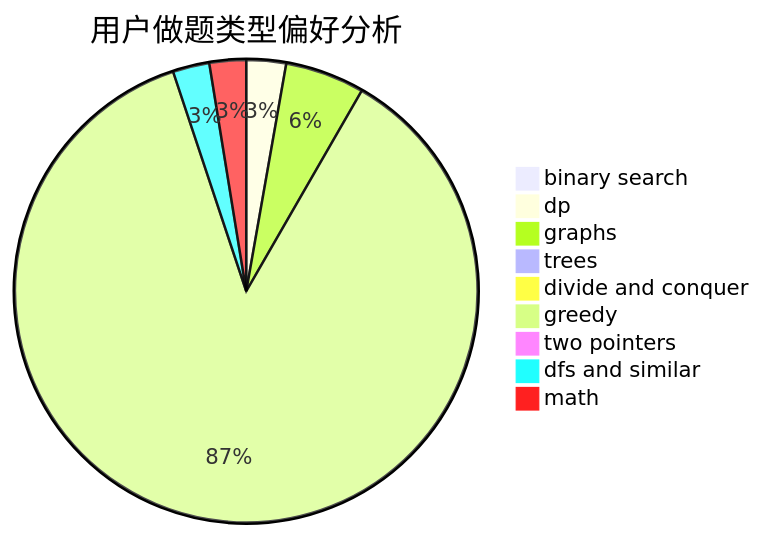
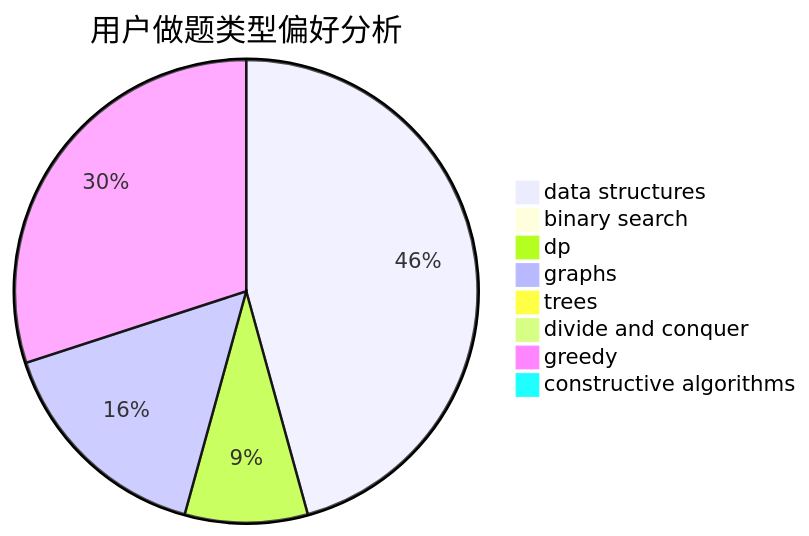
Before and after one commit to sherpahu/cfrs.github.io: the second of 3 diagrams in docs/user/u1995.md, drawn with Mermaid. The commit also changed other lines of this file and 2775 other files, not shown here.

````diff
--- a/docs/user/u1995.md
+++ b/docs/user/u1995.md
@@ -23,12 +23,11 @@
 ```mermaid
 pie title 用户做题类型偏好分析
+    "data structures" :  32
     "binary search" :  0
-    "dp" :  13
-    "graphs" :  26
+    "dp" :  6
+    "graphs" :  11
     "trees" :  0
     "divide and conquer" :  0
-    "greedy" :  406
-    "two pointers" :  0
-    "dfs and similar" :  12
-    "math" :  12
+    "greedy" :  21
+    "constructive algorithms" :  0
 ```
````
